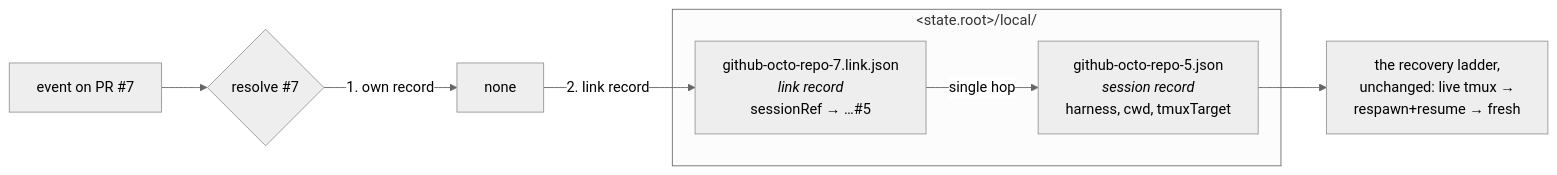
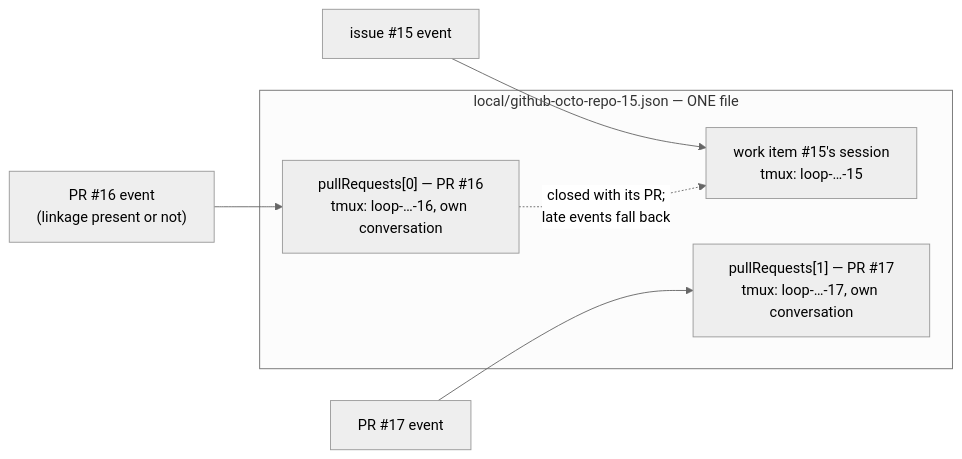
The diagram in docs/specs/issue-172/design.md (MadaraUchiha-314/the-loop), drawn with Mermaid (neutral theme) before and after one commit. The commit also changed other lines of this file and 24 other files, not shown here.

````diff
--- a/docs/specs/issue-172/design.md
+++ b/docs/specs/issue-172/design.md
@@ -25,12 +24,12 @@
 ```mermaid
 flowchart LR
-  subgraph disk["&lt;state.root&gt;/local/"]
-    SR["github-octo-repo-5.json<br/><i>session record</i><br/>harness, cwd, tmuxTarget"]
-    LR["github-octo-repo-7.link.json<br/><i>link record</i><br/>sessionRef → …#5"]
+  subgraph rec["local/github-octo-repo-15.json — ONE file"]
+    WI["work item #15's session<br/>tmux: loop-…-15"]
+    PR16["pullRequests[0] — PR #16<br/>tmux: loop-…-16, own conversation"]
+    PR17["pullRequests[1] — PR #17<br/>tmux: loop-…-17, own conversation"]
   end
-  EV["event on PR #7"] --> RES
-  RES{"resolve #7"} -->|"1. own record"| MISS["none"]
-  MISS -->|"2. link record"| LR
-  LR -->|"single hop"| SR
-  SR --> LADDER["the recovery ladder,<br/>unchanged: live tmux →<br/>respawn+resume → fresh"]
+  EI["issue #15 event"] --> WI
+  E16["PR #16 event<br/>(linkage present or not)"] --> PR16
+  E17["PR #17 event"] --> PR17
+  PR16 -. "closed with its PR;<br/>late events fall back" .-> WI
 ```
````
